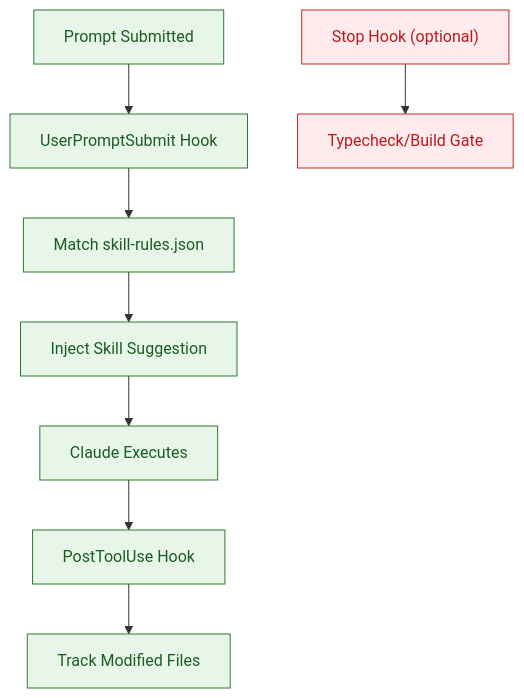
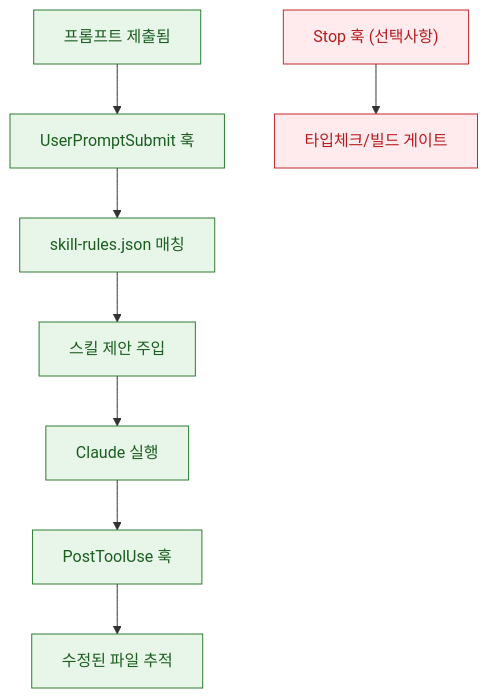
Before and after one commit to gyuha/blog: the second of 4 diagrams in content/post/2026/2026-02-23-claude-code-infrastructure-showcase-integration-guide.md, drawn with Mermaid. The commit also changed other lines of this file, not shown here.

Commit message:
update blog source

````diff
--- a/content/post/2026/2026-02-23-claude-code-infrastructure-showcase-integration-guide.md
+++ b/content/post/2026/2026-02-23-claude-code-infrastructure-showcase-integration-guide.md
@@ -64,16 +64,16 @@
 ```mermaid
 flowchart TD
-  A["Prompt Submitted"] --> B["UserPromptSubmit Hook"]
-  B --> C["Match skill-rules.json"]
-  C --> D["Inject Skill Suggestion"]
-  D --> E["Claude Executes"]
-  E --> F["PostToolUse Hook"]
-  F --> G["Track Modified Files"]
+  A["프롬프트 제출됨"] --> B["UserPromptSubmit 훅"]
+  B --> C["skill-rules.json 매칭"]
+  C --> D["스킬 제안 주입"]
+  D --> E["Claude 실행"]
+  E --> F["PostToolUse 훅"]
+  F --> G["수정된 파일 추적"]
 
-  H["Stop Hook (optional)"] --> I["Typecheck/Build Gate"]
+  H["Stop 훅 (선택사항)"] --> I["타입체크/빌드 게이트"]
 
   classDef safe fill:#e8f5e9,stroke:#2e7d32,color:#1b5e20
   classDef caution fill:#ffebee,stroke:#c62828,color:#b71c1c
   class A,B,C,D,E,F,G safe
   class H,I caution
 ```
````
